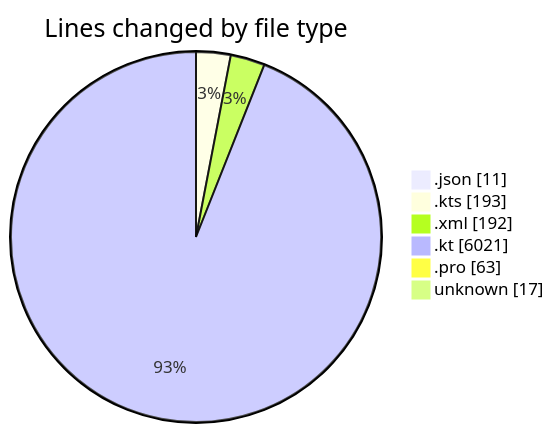
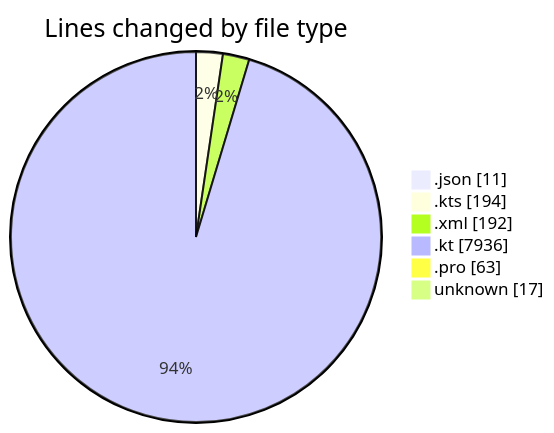
The first of 2 diagrams in 2026-04-07/t2s/README.md (Unknowalive/code-tracking), drawn with Mermaid before and after one commit. The commit also changed other lines of this file and 1 other file, not shown here.

````diff
--- a/2026-04-07/t2s/README.md
+++ b/2026-04-07/t2s/README.md
@@ -88,10 +94,10 @@
 ```mermaid
 pie showData
 title Lines changed by file type
 ".json" : 11
-".kts" : 193
+".kts" : 194
 ".xml" : 192
-".kt" : 6021
+".kt" : 7936
 ".pro" : 63
 "unknown" : 17
 ```
````
